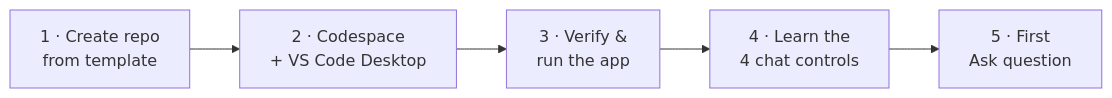
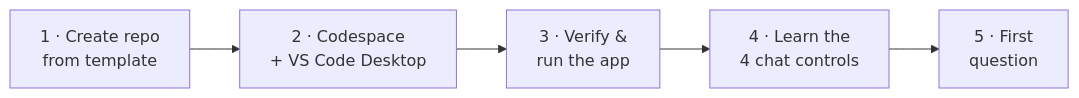
The diagram in labs/00-setup/README.md (Basdeboerpggm/contoso-copilot-advanced), drawn with Mermaid before and after one commit. The commit also changed other lines of this file and 13 other files, not shown here.

````diff
--- a/labs/00-setup/README.md
+++ b/labs/00-setup/README.md
@@ -15,4 +15,4 @@
 ```mermaid
 flowchart LR
-    A[1 · Create repo<br/>from template] --> B[2 · Codespace<br/>+ VS Code Desktop] --> C[3 · Verify &<br/>run the app] --> D[4 · Learn the<br/>4 chat controls] --> E[5 · First<br/>Ask question]
+    A[1 · Create repo<br/>from template] --> B[2 · Codespace<br/>+ VS Code Desktop] --> C[3 · Verify &<br/>run the app] --> D[4 · Learn the<br/>4 chat controls] --> E[5 · First<br/>question]
 ```
````
